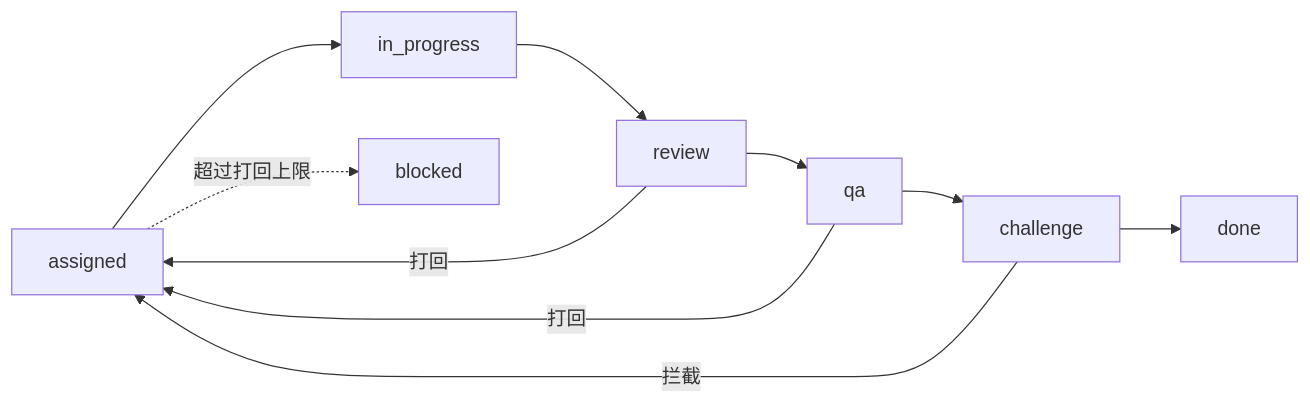
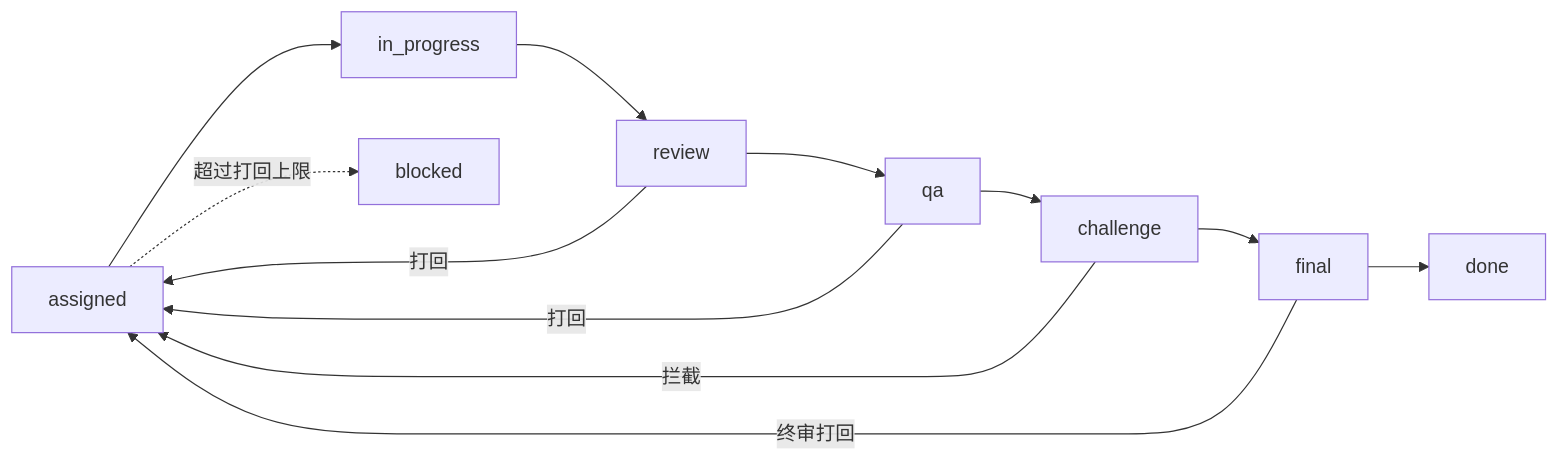
One commit to longwindwang1/agent-team changed the second of 2 diagrams in README.md. Above: the diagram before and after it, drawn with Mermaid. The commit also changed other lines of this file and 2 other files, not shown here.

````diff
--- a/README.md
+++ b/README.md
@@ -91,8 +95,9 @@
 ```mermaid
 flowchart LR
-    assigned --> in_progress --> review --> qa --> challenge --> done
+    assigned --> in_progress --> review --> qa --> challenge --> final --> done
     review -->|打回| assigned
     qa -->|打回| assigned
     challenge -->|拦截| assigned
+    final -->|终审打回| assigned
     assigned -.->|超过打回上限| blocked
 ```
````
